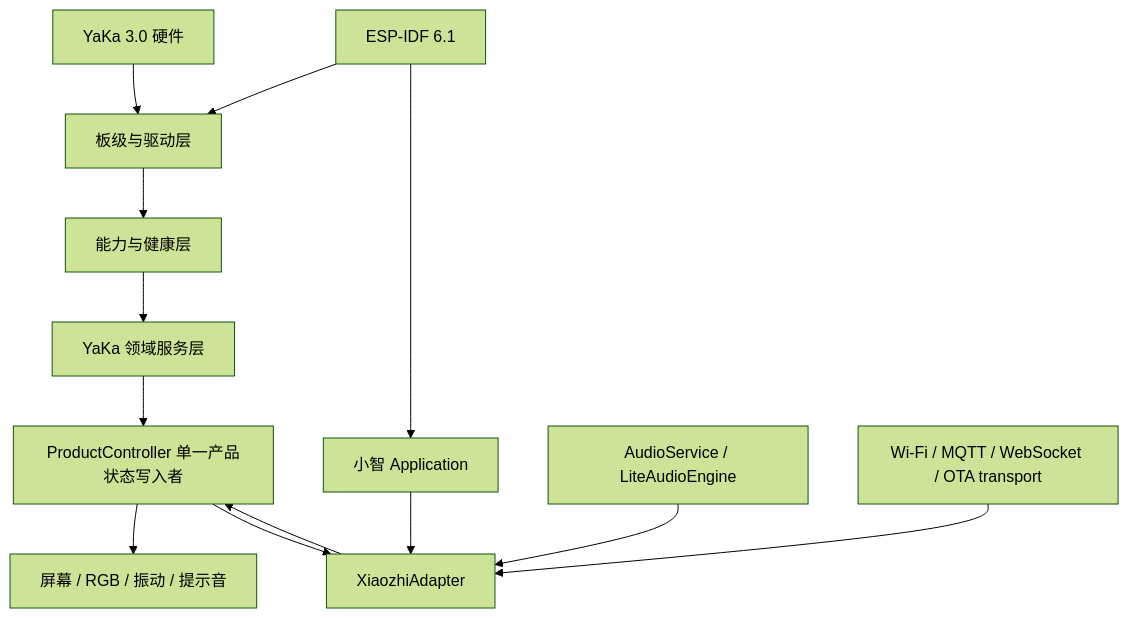
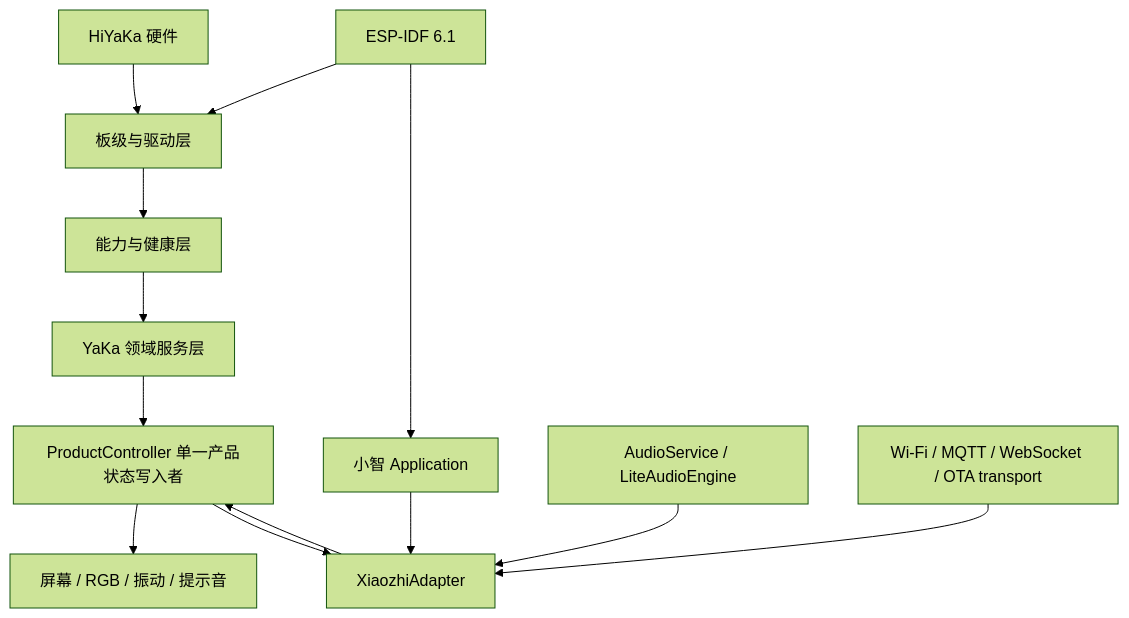
One commit to njueeRay/hi-yaka-firmware changed the diagram in docs/yaka/firmware-architecture.md. Above: the diagram before and after it, drawn with Mermaid (forest theme). The commit also changed other lines of this file and 3 other files, not shown here.

````diff
--- a/docs/yaka/firmware-architecture.md
+++ b/docs/yaka/firmware-architecture.md
@@ -164,17 +164,17 @@
 ```mermaid
 flowchart TD
-    HW[YaKa 3.0 硬件] --> BSP[板级与驱动层]
+    HW[HiYaKa 硬件] --> BSP[板级与驱动层]
     BSP --> CAP[能力与健康层]
     CAP --> SVC[YaKa 领域服务层]
     SVC --> PC[ProductController 单一产品状态写入者]
     PC --> UI[屏幕 / RGB / 振动 / 提示音]
 
     XAPP[小智 Application] --> XADP[XiaozhiAdapter]
     XAUDIO[AudioService / LiteAudioEngine] --> XADP
     XNET[Wi-Fi / MQTT / WebSocket / OTA transport] --> XADP
     XADP --> PC
     PC --> XADP
 
     IDF[ESP-IDF 6.1] --> BSP
     IDF --> XAPP
 ```
````
